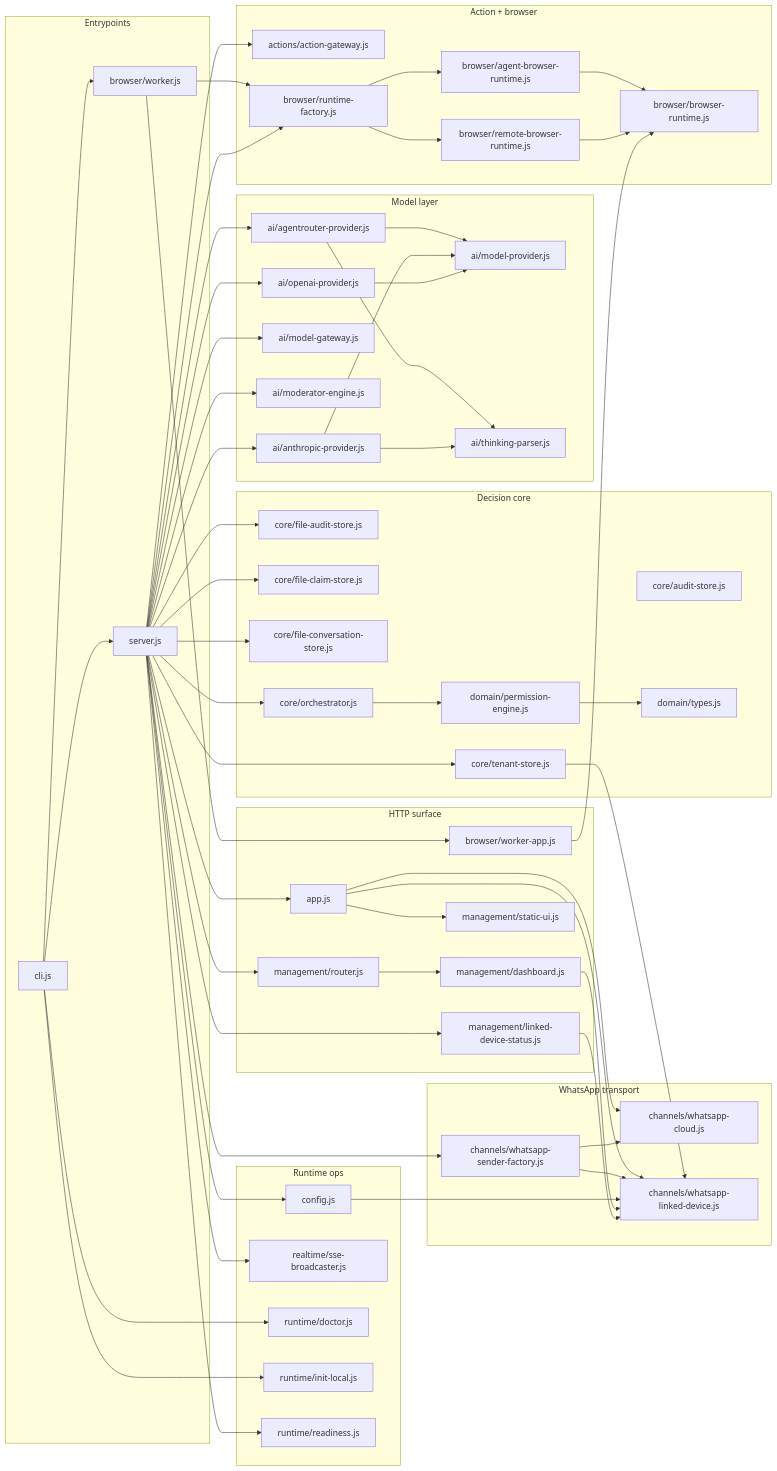
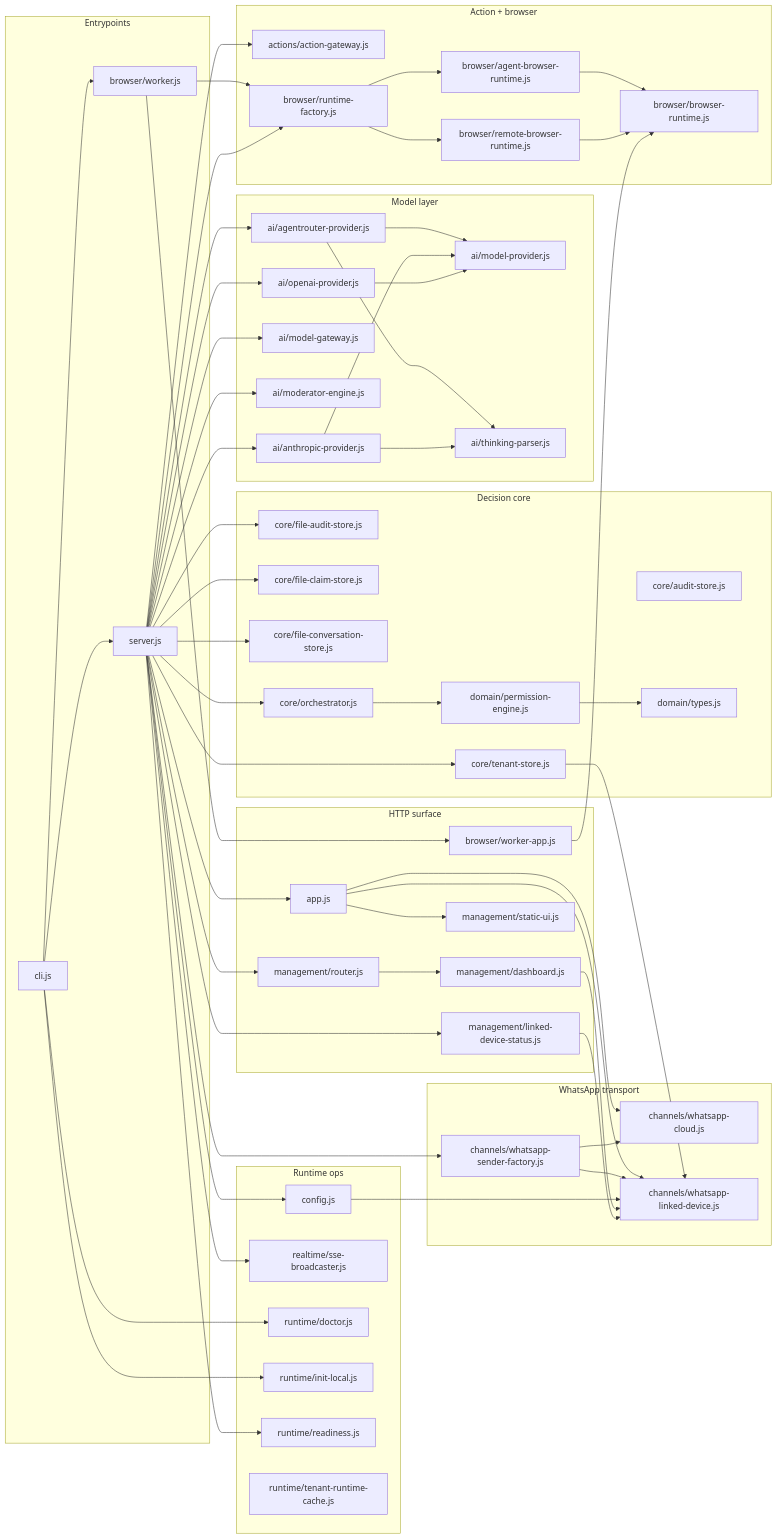
The first of 3 diagrams in docs/CODE_GRAPH.md (imMamdouhaboammar/whatsapp-ai-supervisor), drawn with Mermaid before and after one commit. The commit also changed other lines of this file and 1 other file, not shown here.

Commit message:
docs: refresh code graph

```diff
--- a/docs/CODE_GRAPH.md
+++ b/docs/CODE_GRAPH.md
@@ -58,6 +58,7 @@
     src_runtime_doctor_js["runtime/doctor.js"]
     src_runtime_init_local_js["runtime/init-local.js"]
     src_runtime_readiness_js["runtime/readiness.js"]
+    src_runtime_tenant_runtime_cache_js["runtime/tenant-runtime-cache.js"]
   end
   src_ai_agentrouter_provider_js --> src_ai_model_provider_js
   src_ai_agentrouter_provider_js --> src_ai_thinking_parser_js
```
